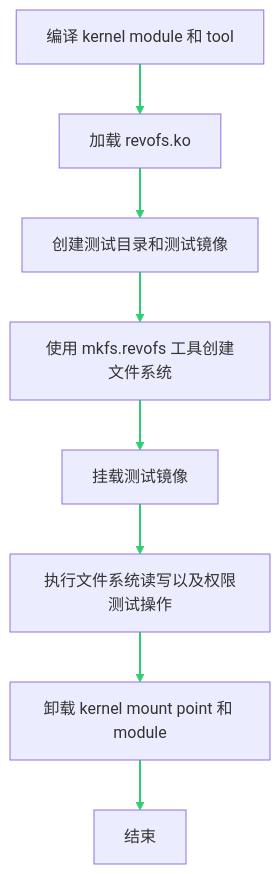
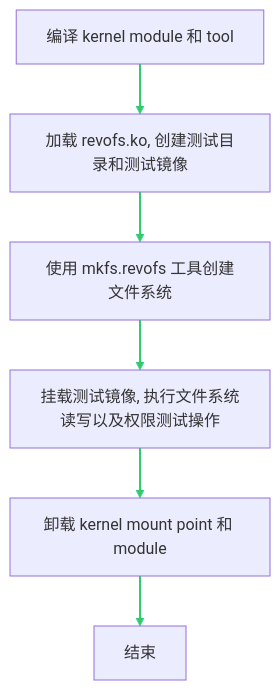
One commit to dekrt/revoFS changed the second of 5 diagrams in README.md. Above: the diagram before and after it, drawn with Mermaid. The commit also changed other lines of this file, not shown here.

````diff
--- a/README.md
+++ b/README.md
@@ -70,18 +66,15 @@
 ```mermaid
 graph TB
   BC["编译 kernel module 和 tool"]
-  BC --> LKM["加载 revofs.ko"]
-  LKM --> CTDI["创建测试目录和测试镜像"]
-  CTDI --> MKFS["使用 mkfs.revofs 工具创建文件系统"]
-  MKFS --> MT["挂载测试镜像"]
-  MT --> FSOP["执行文件系统读写以及权限测试操作"]
-  FSOP --> UM["卸载 kernel mount point 和 module"]
+  BC --> LKM["加载 revofs.ko, 创建测试目录和测试镜像"]
+  LKM --> MKFS["使用 mkfs.revofs 工具创建文件系统"]
+  MKFS --> MT["挂载测试镜像, 执行文件系统读写以及权限测试操作"]
+  MT --> UM["卸载 kernel mount point 和 module"]
   UM --> END["结束"]
   linkStyle 0 stroke:#2ecd71,stroke-width:2px;
   linkStyle 1 stroke:#2ecd71,stroke-width:2px;
   linkStyle 2 stroke:#2ecd71,stroke-width:2px;
   linkStyle 3 stroke:#2ecd71,stroke-width:2px;
   linkStyle 4 stroke:#2ecd71,stroke-width:2px;
-  linkStyle 5 stroke:#2ecd71,stroke-width:2px;
-  linkStyle 6 stroke:#2ecd71,stroke-width:2px;
+
 ```
````
